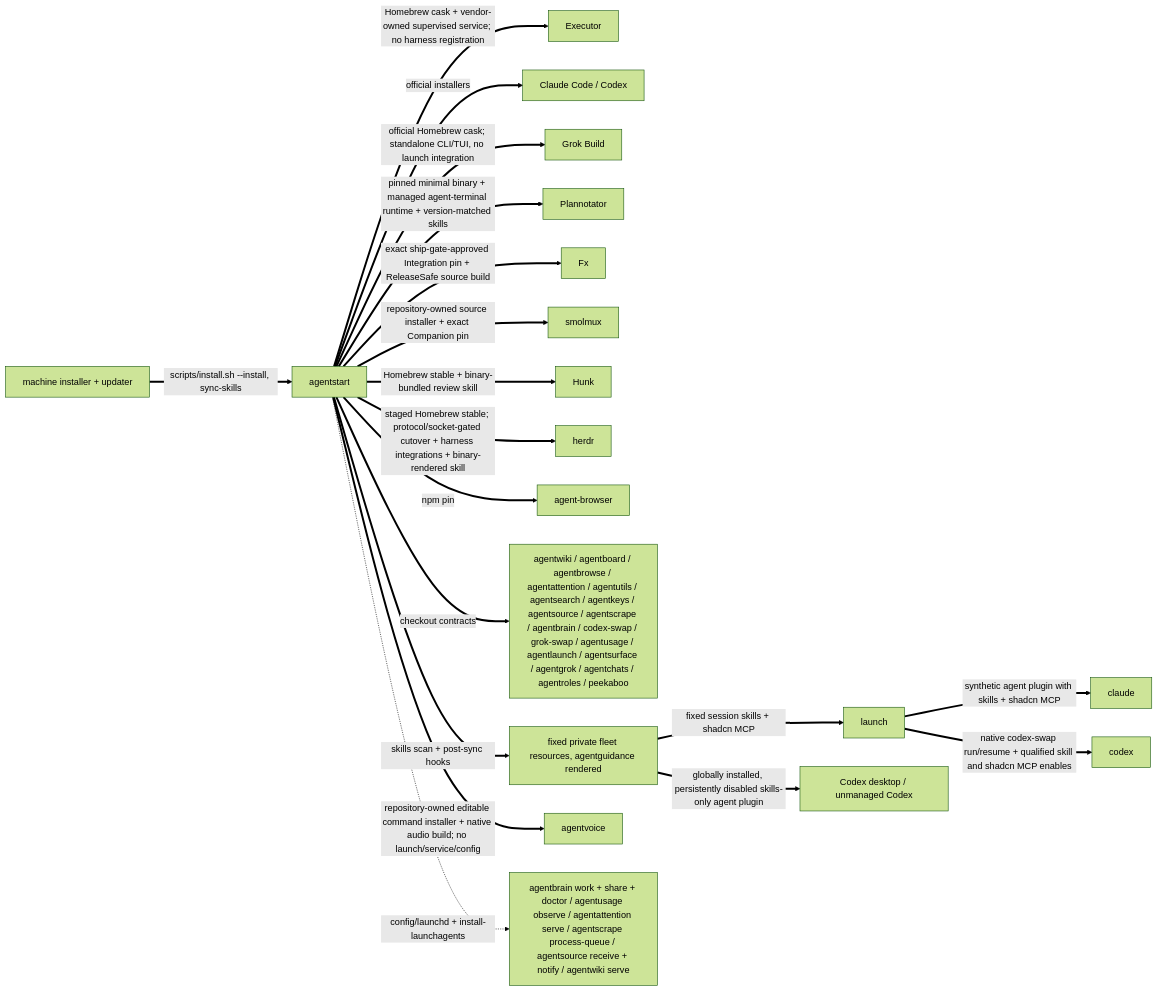
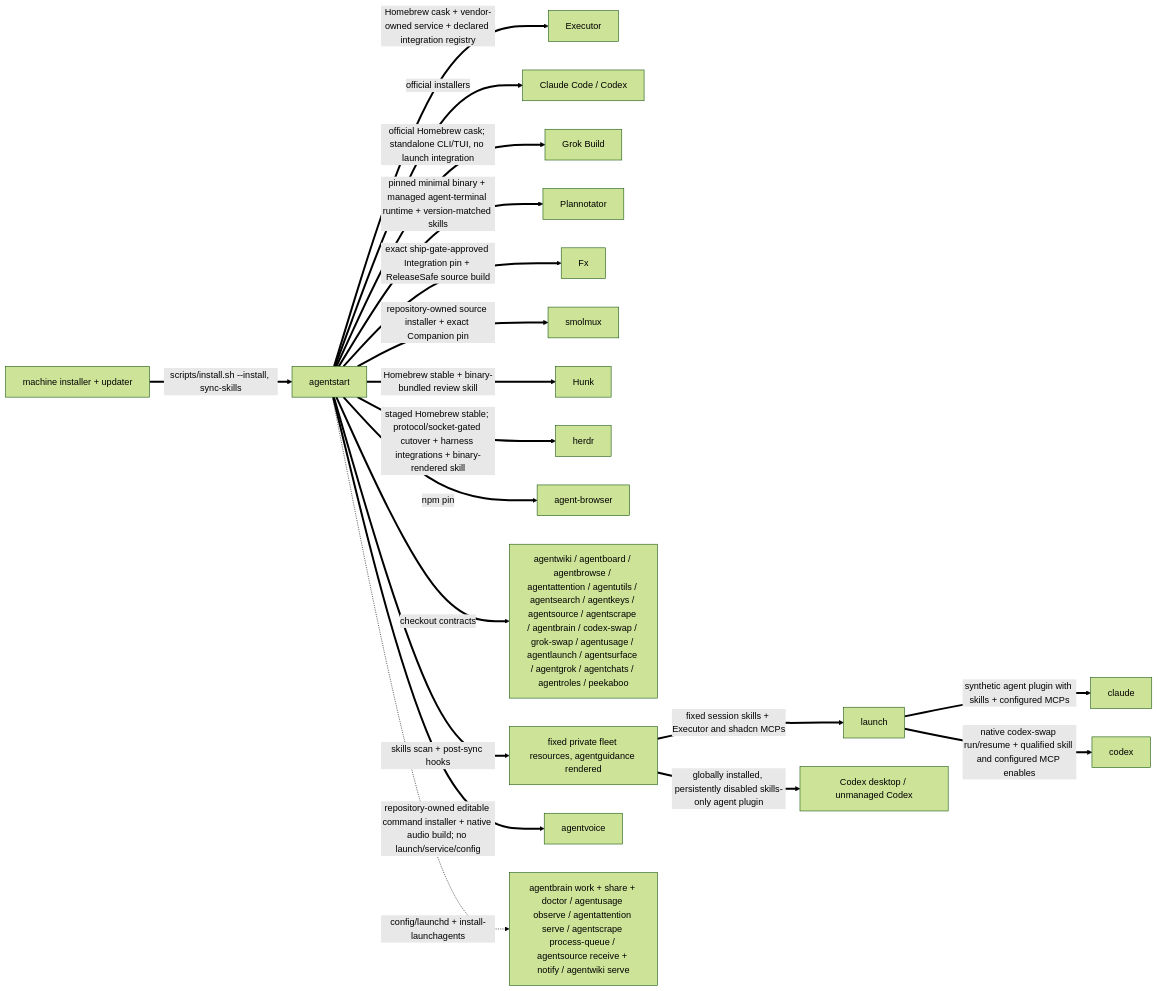
Before and after one commit to possibilities/agentstart: the second of 3 diagrams in skills/fleet/MAP.md, drawn with Mermaid (forest theme). The commit also changed other lines of this file and 9 other files, not shown here.

Commit message:
Deliver fleet MCP tools through managed Executor sessions

````diff
--- a/skills/fleet/MAP.md
+++ b/skills/fleet/MAP.md
@@ -106,24 +110,24 @@
 ```mermaid
 flowchart LR
     machine[machine installer + updater]
     start[agentstart]
 
     machine ==>|scripts/install.sh --install, sync-skills| start
-    start ==>|Homebrew cask + vendor-owned supervised service; no harness registration| executor[Executor]
+    start ==>|Homebrew cask + vendor-owned service + declared integration registry| executor[Executor]
     start ==>|official installers| harnesses[Claude Code / Codex]
     start ==>|official Homebrew cask; standalone CLI/TUI, no launch integration| grok[Grok Build]
     start ==>|pinned minimal binary + managed agent-terminal runtime + version-matched skills| plannotator[Plannotator]
     start ==>|exact ship-gate-approved Integration pin + ReleaseSafe source build| fx[Fx]
     start ==>|repository-owned source installer + exact Companion pin| smolmuxInstall[smolmux]
     start ==>|Homebrew stable + binary-bundled review skill| hunk[Hunk]
     start ==>|staged Homebrew stable; protocol/socket-gated cutover + harness integrations + binary-rendered skill| herdrInstall[herdr]
     start ==>|npm pin| browser[agent-browser]
     start ==>|checkout contracts| fleet[agentwiki / agentboard / agentbrowse / agentattention / agentutils / agentsearch / agentkeys / agentsource / agentscrape / agentbrain / codex-swap / grok-swap / agentusage / agentlaunch / agentsurface / agentgrok / agentchats / agentroles / peekaboo]
     start ==>|skills scan + post-sync hooks| skills[fixed private fleet resources, agentguidance rendered]
     start ==>|repository-owned editable command installer + native audio build; no launch/service/config| voiceInstall[agentvoice]
-    skills ==>|fixed session skills + shadcn MCP| launch
-    launch ==>|synthetic agent plugin with skills + shadcn MCP| claude
-    launch ==>|native codex-swap run/resume + qualified skill and shadcn MCP enables| codex
+    skills ==>|fixed session skills + Executor and shadcn MCPs| launch
+    launch ==>|synthetic agent plugin with skills + configured MCPs| claude
+    launch ==>|native codex-swap run/resume + qualified skill and configured MCP enables| codex
     skills ==>|globally installed, persistently disabled skills-only agent plugin| codexDesktop[Codex desktop / unmanaged Codex]
     start -.->|config/launchd + install-launchagents| services[agentbrain work + share + doctor / agentusage observe / agentattention serve / agentscrape process-queue / agentsource receive + notify / agentwiki serve]
 ```
````
